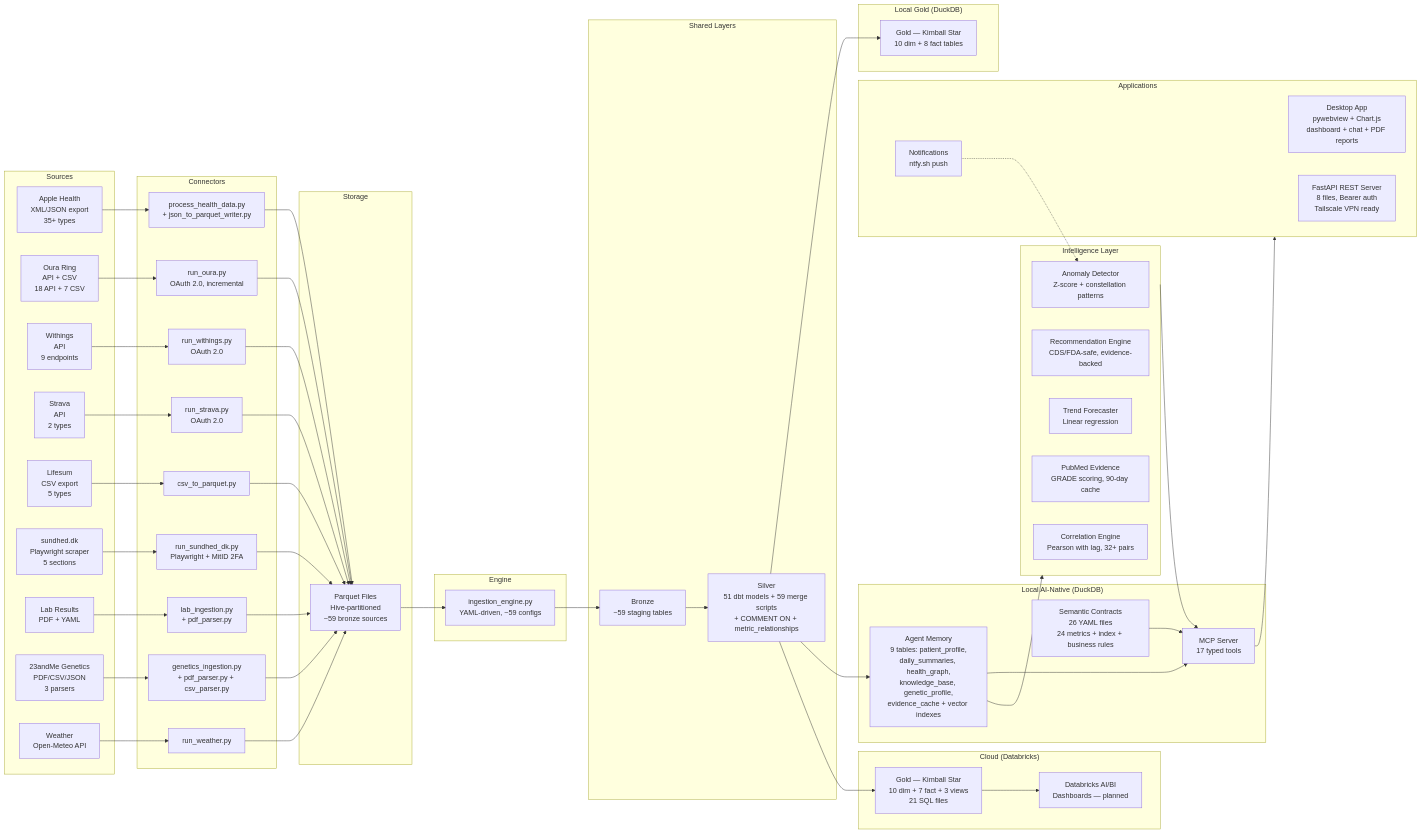
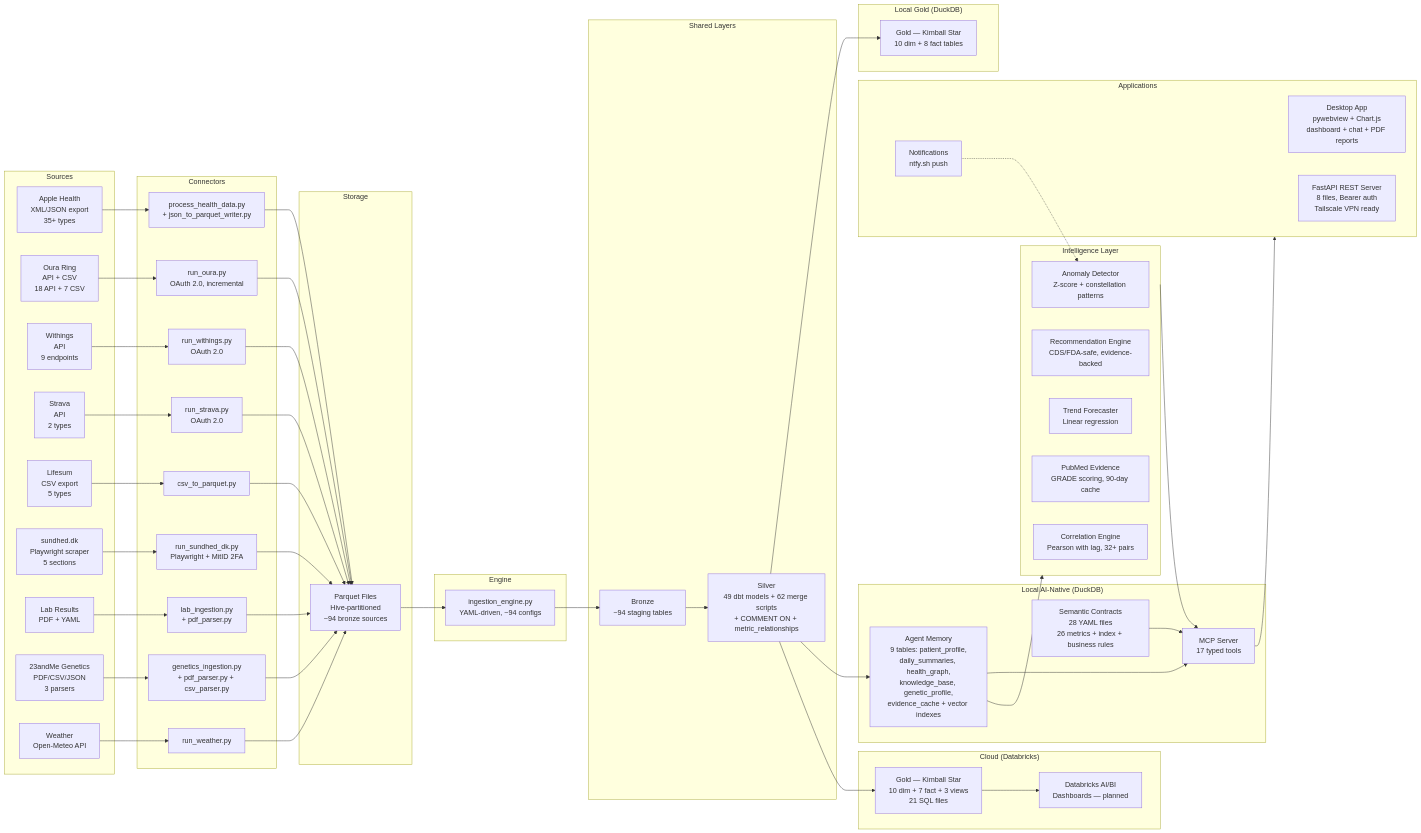
The first of 2 diagrams in docs/architecture.md (EduardPetraeus/HealthReporting), drawn with Mermaid before and after one commit. The commit also changed other lines of this file and 4 other files, not shown here.

```diff
--- a/docs/architecture.md
+++ b/docs/architecture.md
@@ -75,16 +75,16 @@
     end
 
     subgraph Storage
-        PQ[Parquet Files<br/>Hive-partitioned<br/>~59 bronze sources]
+        PQ[Parquet Files<br/>Hive-partitioned<br/>~94 bronze sources]
     end
 
     subgraph Engine
-        IE[ingestion_engine.py<br/>YAML-driven, ~59 configs]
+        IE[ingestion_engine.py<br/>YAML-driven, ~94 configs]
     end
 
     subgraph Shared["Shared Layers"]
-        B[Bronze<br/>~59 staging tables]
-        S[Silver<br/>51 dbt models + 59 merge scripts<br/>+ COMMENT ON + metric_relationships]
+        B[Bronze<br/>~94 staging tables]
+        S[Silver<br/>49 dbt models + 62 merge scripts<br/>+ COMMENT ON + metric_relationships]
     end
 
     subgraph LocalGold["Local Gold (DuckDB)"]
@@ -93,7 +93,7 @@
 
     subgraph LocalAI["Local AI-Native (DuckDB)"]
         AM[Agent Memory<br/>9 tables: patient_profile,<br/>daily_summaries, health_graph,<br/>knowledge_base, genetic_profile,<br/>evidence_cache + vector indexes]
-        SC[Semantic Contracts<br/>26 YAML files<br/>24 metrics + index + business rules]
+        SC[Semantic Contracts<br/>28 YAML files<br/>26 metrics + index + business rules]
         MCP[MCP Server<br/>17 typed tools]
     end
 
```
